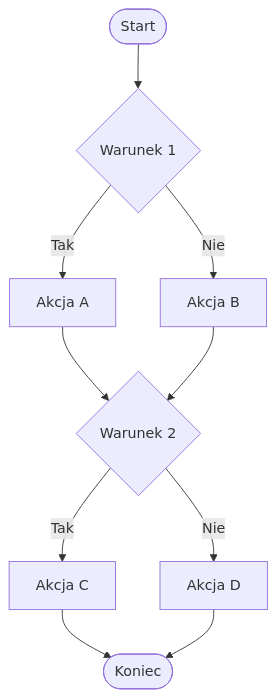
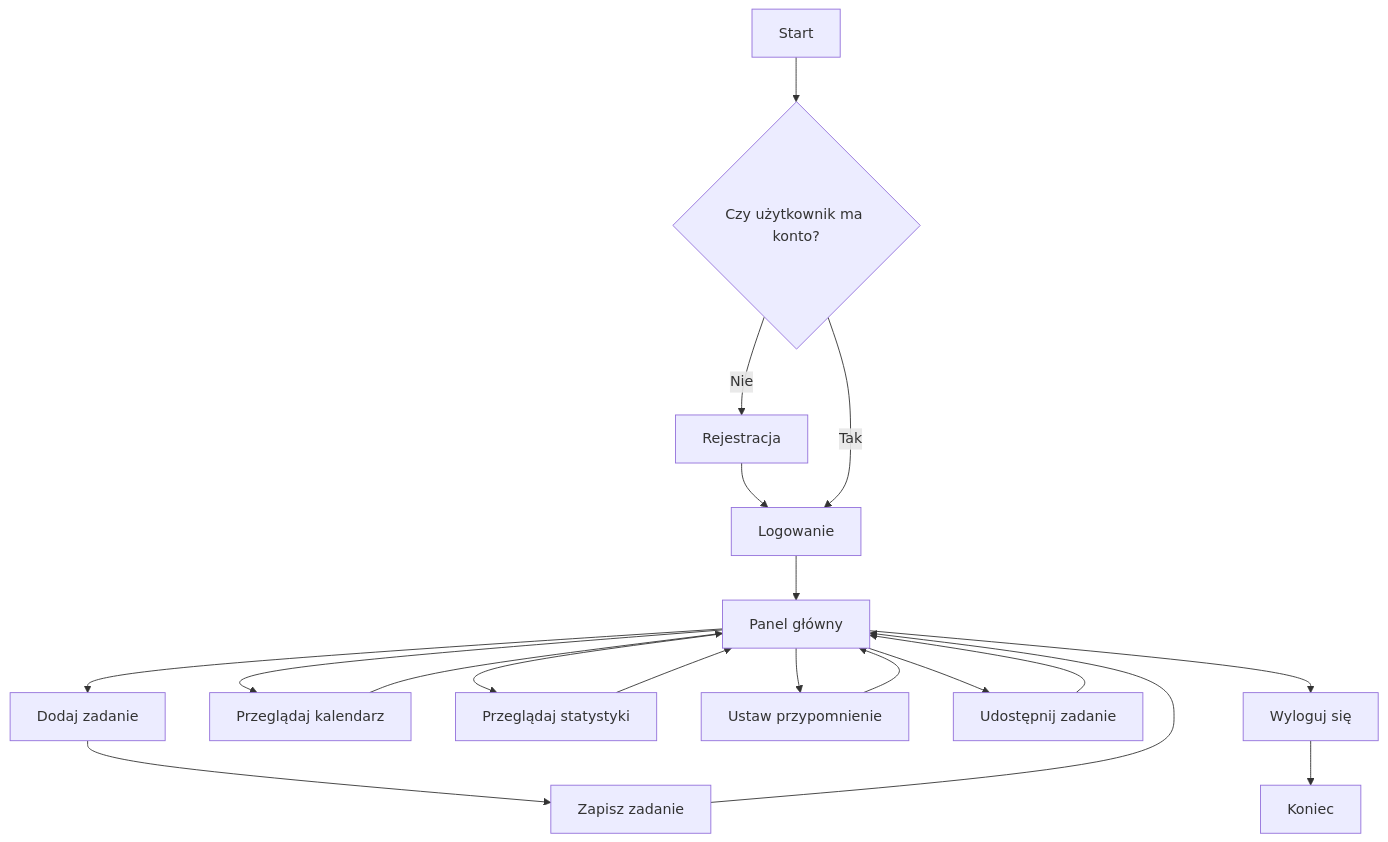
One commit to AdamPTyb/zaj-cia-2-WSB changed the diagram in docs/diagram.md. Above: the diagram before and after it, drawn with Mermaid.

````diff
--- a/docs/diagram.md
+++ b/docs/diagram.md
@@ -1,12 +1,28 @@
 ```mermaid
 flowchart TD
-    Start([Start]) --> Step1{Warunek 1}
-    Step1 -- Tak --> ActionA[Akcja A]
-    Step1 -- Nie --> ActionB[Akcja B]
-    ActionA --> Step2{Warunek 2}
-    ActionB --> Step2
-    Step2 -- Tak --> ActionC[Akcja C]
-    Step2 -- Nie --> ActionD[Akcja D]
-    ActionC --> End([Koniec])
-    ActionD --> End
+    A[Start] --> B{Czy użytkownik ma konto?}
+
+    B -- Nie --> C[Rejestracja]
+    C --> D[Logowanie]
+
+    B -- Tak --> D[Logowanie]
+
+    D --> E[Panel główny]
+
+    E --> F[Dodaj zadanie]
+    E --> G[Przeglądaj kalendarz]
+    E --> H[Przeglądaj statystyki]
+    E --> I[Ustaw przypomnienie]
+    E --> J[Udostępnij zadanie]
+
+    F --> K[Zapisz zadanie]
+    K --> E
+
+    G --> E
+    H --> E
+    I --> E
+    J --> E
+
+    E --> L[Wyloguj się]
+    L --> M[Koniec]
 ```
````
